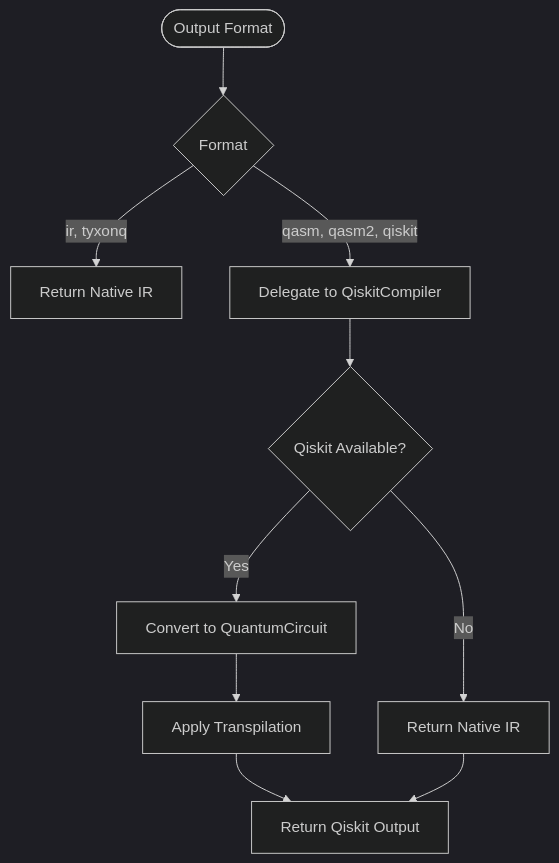
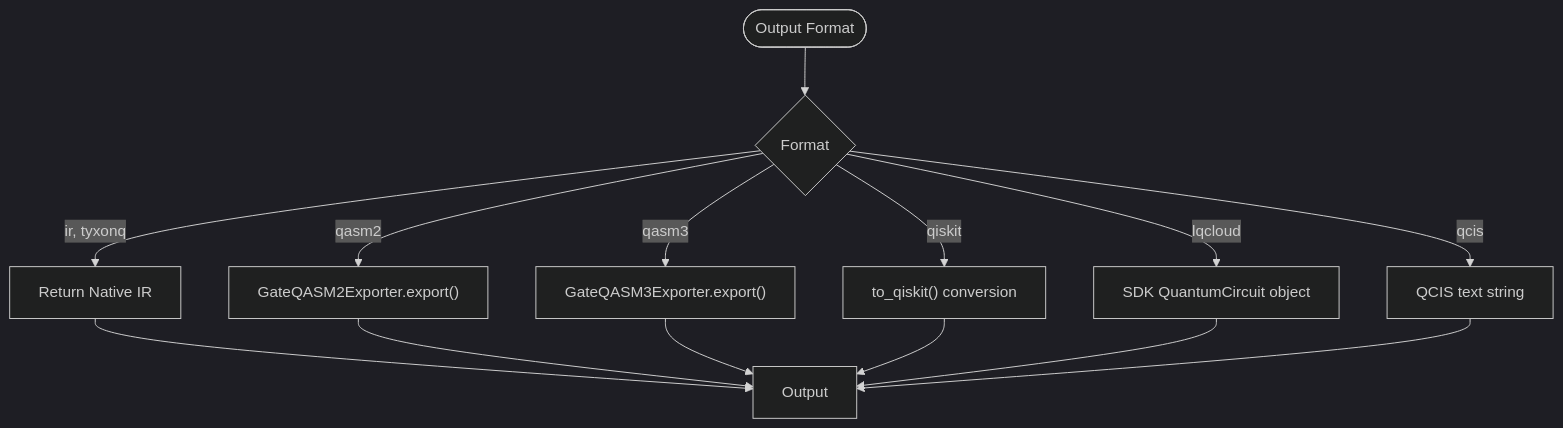
The sixth of 6 diagrams in .qoder/repowiki/en/content/Backend Compilers/Native Compiler.md (QureGenAI-Biotech/TyxonQ), drawn with Mermaid (dark theme) before and after one commit. The commit also changed other lines of this file and 516 other files, not shown here.

````diff
--- a/.qoder/repowiki/en/content/Backend Compilers/Native Compiler.md
+++ b/.qoder/repowiki/en/content/Backend Compilers/Native Compiler.md
@@ -129,12 +203,16 @@
 ```mermaid
 flowchart TD
 Start([Output Format]) --> FormatCheck{Format}
 FormatCheck --> |ir, tyxonq| ReturnIR[Return Native IR]
-FormatCheck --> |qasm, qasm2, qiskit| Delegate["Delegate to QiskitCompiler"]
-Delegate --> ImportQiskit{"Qiskit Available?"}
-ImportQiskit --> |Yes| ConvertIR["Convert to QuantumCircuit"]
-ImportQiskit --> |No| Fallback[Return Native IR]
-ConvertIR --> Transpile["Apply Transpilation"]
-Transpile --> ReturnOutput[Return Qiskit Output]
-Fallback --> ReturnOutput
+FormatCheck --> |qasm2| QASM2Export["GateQASM2Exporter.export()"]
+FormatCheck --> |qasm3| QASM3Export["GateQASM3Exporter.export()"]
+FormatCheck --> |qiskit| QiskitInterop["to_qiskit() conversion"]
+FormatCheck --> |lqcloud| LQCloudObject["SDK QuantumCircuit object"]
+FormatCheck --> |qcis| QCISText["QCIS text string"]
+ReturnIR --> Output
+QASM2Export --> Output
+QASM3Export --> Output
+QiskitInterop --> Output
+LQCloudObject --> Output
+QCISText --> Output
 ```
````
